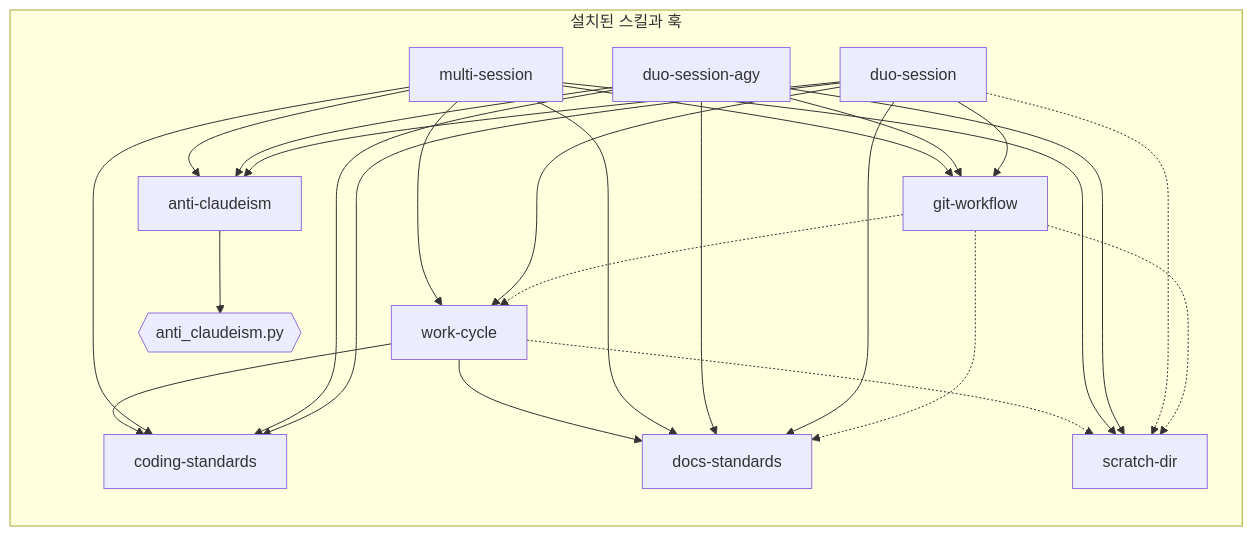
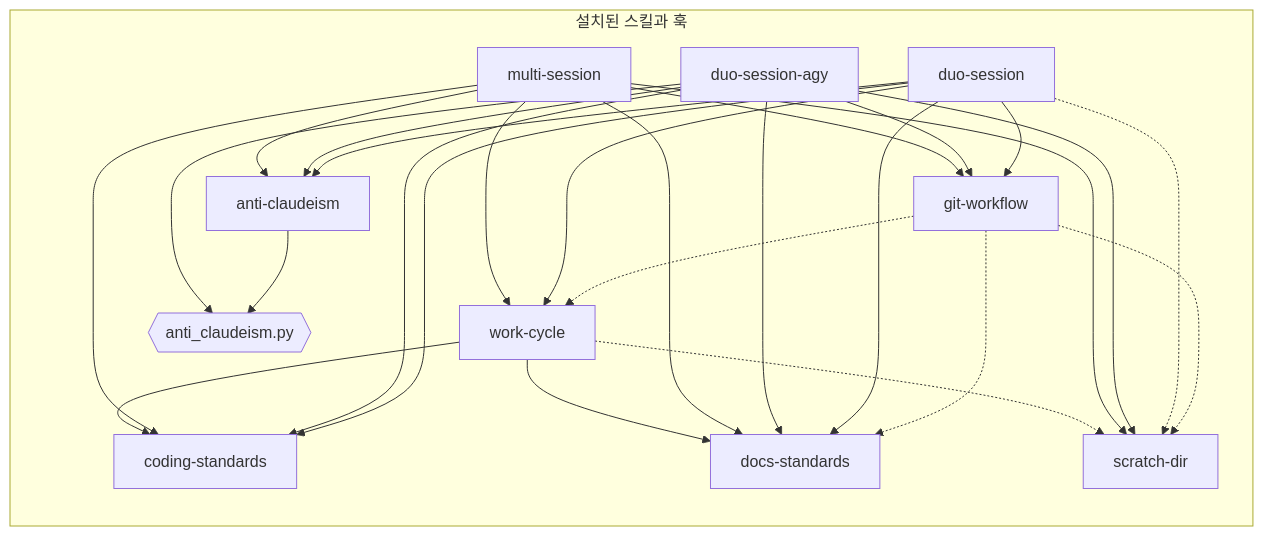
One commit to nil-park/claude-workflow-kit changed the diagram in docs/architecture/component-dependency.md. Above: the diagram before and after it, drawn with Mermaid. The commit also changed 2 other files, not shown here.

Commit message:
feat: run anti_claudeism.py on changed files in duo-session-agy (#72)
* feat: run anti_claudeism.py on changed files in duo-session-agy

Run anti_claudeism.py on changed repository files in duo-session-agy
right before reporting implementation completion to the user,
forwarding real defects to peer as review findings.

* feat: move anti_claudeism check to review step in duo-session-agy

Move the anti_claudeism.py check to the review step so that it runs
at every review, covering changed repository files as well as the
commit message and PR title and body files in the shared directory.

````diff
--- a/docs/architecture/component-dependency.md
+++ b/docs/architecture/component-dependency.md
@@ -3,40 +3,41 @@
 ```mermaid
 flowchart LR
   subgraph inst["설치된 스킬과 훅"]
     wc["work-cycle"]
     cs["coding-standards"]
     ds["docs-standards"]
     sd["scratch-dir"]
     gw["git-workflow"]
     ac["anti-claudeism"]
     ms["multi-session"]
     dua["duo-session-agy"]
     du["duo-session"]
     hook{{"anti_claudeism.py"}}
   end
 
   wc --> cs
   wc --> ds
   wc -.-> sd
   ms --> gw
   ms --> wc
   ms --> cs
   ms --> ds
   ms --> ac
   ms --> sd
   dua --> gw
   dua --> cs
   dua --> ds
   dua --> ac
   dua --> sd
+  dua --> hook
   du --> gw
   du --> wc
   du --> cs
   du --> ds
   du --> ac
   du -.-> sd
   gw -.-> wc
   gw -.-> ds
   gw -.-> sd
   ac --> hook
 ```
````
